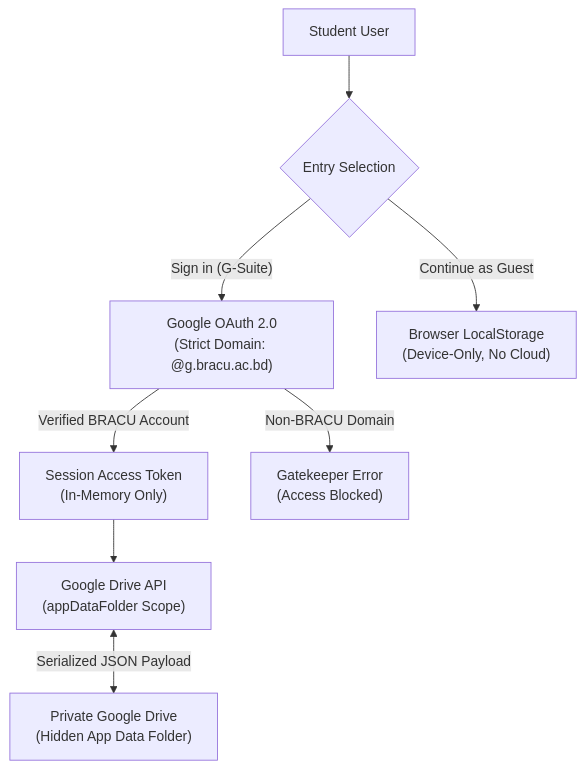
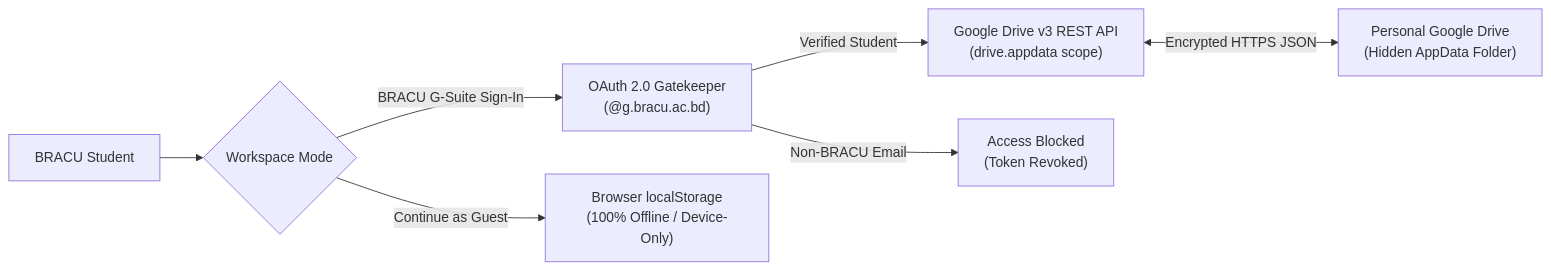
The diagram in README.md (fakekhanabdullah/Route136-CSE-Course-Tracker), drawn with Mermaid before and after one commit. The commit also changed other lines of this file and 20 other files, not shown here.

````diff
--- a/README.md
+++ b/README.md
@@ -82,12 +91,11 @@
 ```mermaid
-flowchart TD
-    User["Student User"] --> Choice{"Entry Selection"}
-    Choice -->|"Sign in (G-Suite)"| OAuth["Google OAuth 2.0<br/>(Strict Domain: @g.bracu.ac.bd)"]
-    Choice -->|"Continue as Guest"| Local["Browser LocalStorage<br/>(Device-Only, No Cloud)"]
-    
-    OAuth -->|"Verified BRACU Account"| Token["Session Access Token<br/>(In-Memory Only)"]
-    OAuth -->|"Non-BRACU Domain"| Block["Gatekeeper Error<br/>(Access Blocked)"]
-    
-    Token --> CloudSync["Google Drive API<br/>(appDataFolder Scope)"]
-    CloudSync <-->|"Serialized JSON Payload"| Drive["Private Google Drive<br/>(Hidden App Data Folder)"]
+flowchart LR
+    Student["BRACU Student"] --> Mode{"Workspace Mode"}
+    Mode -->|"BRACU G-Suite Sign-In"| Gatekeeper["OAuth 2.0 Gatekeeper<br/>(@g.bracu.ac.bd)"]
+    Mode -->|"Continue as Guest"| Local["Browser localStorage<br/>(100% Offline / Device-Only)"]
+
+    Gatekeeper -->|"Verified Student"| DriveAPI["Google Drive v3 REST API<br/>(drive.appdata scope)"]
+    Gatekeeper -->|"Non-BRACU Email"| Denied["Access Blocked<br/>(Token Revoked)"]
+
+    DriveAPI <-->|"Encrypted HTTPS JSON"| AppData["Personal Google Drive<br/>(Hidden AppData Folder)"]
 ```
````
